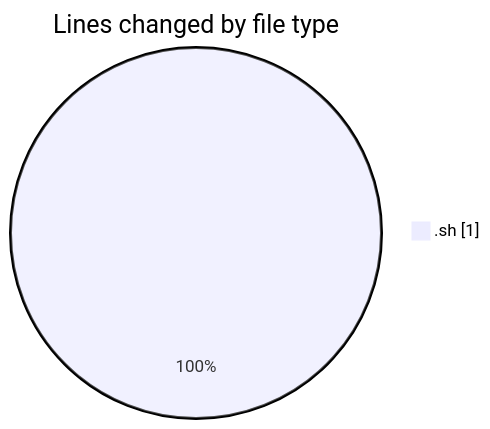
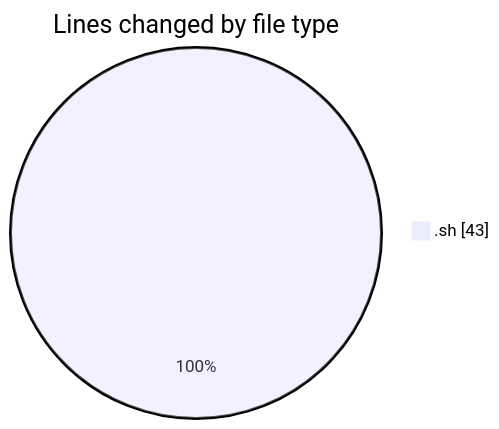
The first of 2 diagrams in 2025-08-13/_raycast/README.md (EIIisD/code-tracking), drawn with Mermaid before and after one commit. The commit also changed other lines of this file and 1 other file, not shown here.

````diff
--- a/2025-08-13/_raycast/README.md
+++ b/2025-08-13/_raycast/README.md
@@ -20,5 +21,5 @@
 ```mermaid
 pie showData
 title Lines changed by file type
-".sh" : 1
+".sh" : 43
 ```
````
